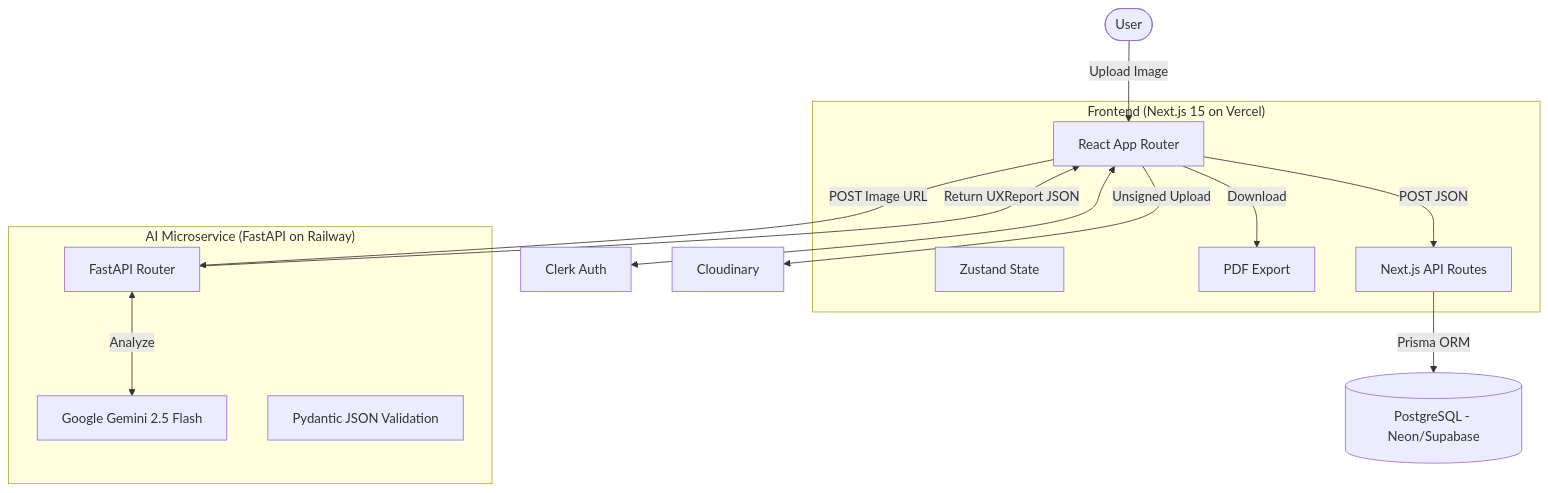
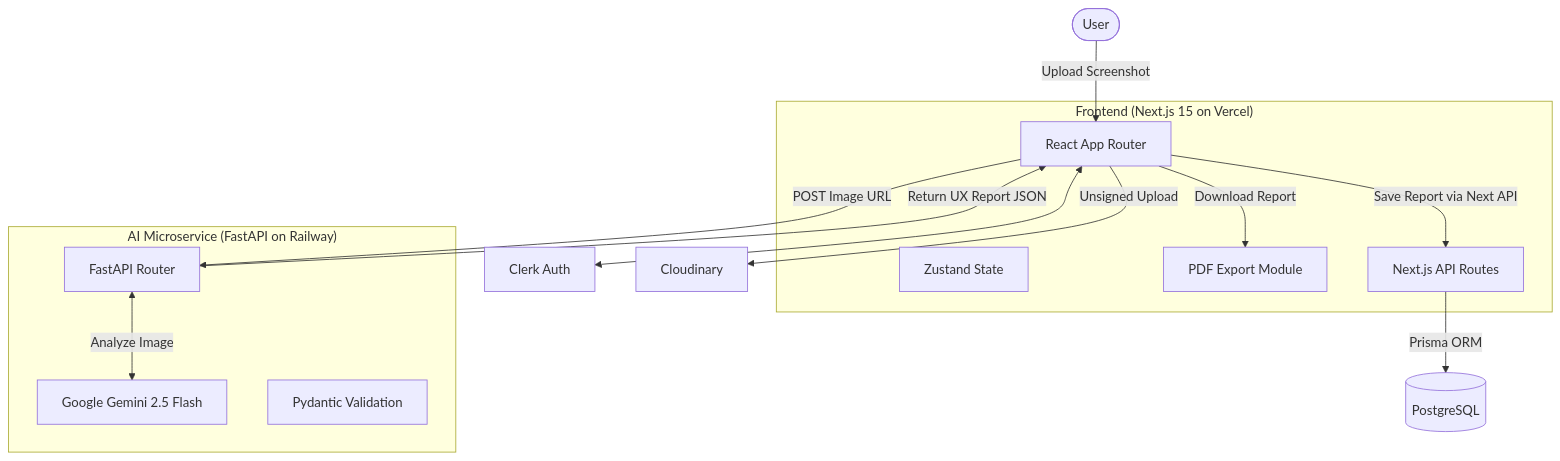
Before and after one commit to YashKrishnan24/FlowSense: the diagram in README.md, drawn with Mermaid. The commit also changed other lines of this file, not shown here.

````diff
--- a/README.md
+++ b/README.md
@@ -9,33 +43,33 @@
 ```mermaid
 graph TD
     %% Frontend Layer
     subgraph "Frontend (Next.js 15 on Vercel)"
         UI[React App Router]
         Store[Zustand State]
-        PDF[PDF Export]
+        PDF[PDF Export Module]
         NextAPI[Next.js API Routes]
     end
 
     %% External Services
     Auth[Clerk Auth]
     CDN[Cloudinary]
-    DB[(PostgreSQL - Neon/Supabase)]
+    DB[(PostgreSQL)]
 
     %% Backend Layer
     subgraph "AI Microservice (FastAPI on Railway)"
         FastAPI[FastAPI Router]
         Gemini[Google Gemini 2.5 Flash]
-        Pydantic[Pydantic JSON Validation]
+        Pydantic[Pydantic Validation]
     end
 
     %% Flow
-    User([User]) -->|Upload Image| UI
+    User([User]) -->|Upload Screenshot| UI
     UI <--> Auth
     UI -->|Unsigned Upload| CDN
     UI -->|POST Image URL| FastAPI
-    FastAPI <-->|Analyze| Gemini
-    FastAPI -->|Return UXReport JSON| UI
-    UI -->|POST JSON| NextAPI
+    FastAPI <-->|Analyze Image| Gemini
+    FastAPI -->|Return UX Report JSON| UI
+    UI -->|Save Report via Next API| NextAPI
     NextAPI -->|Prisma ORM| DB
-    UI -->|Download| PDF
+    UI -->|Download Report| PDF
 ```
````
